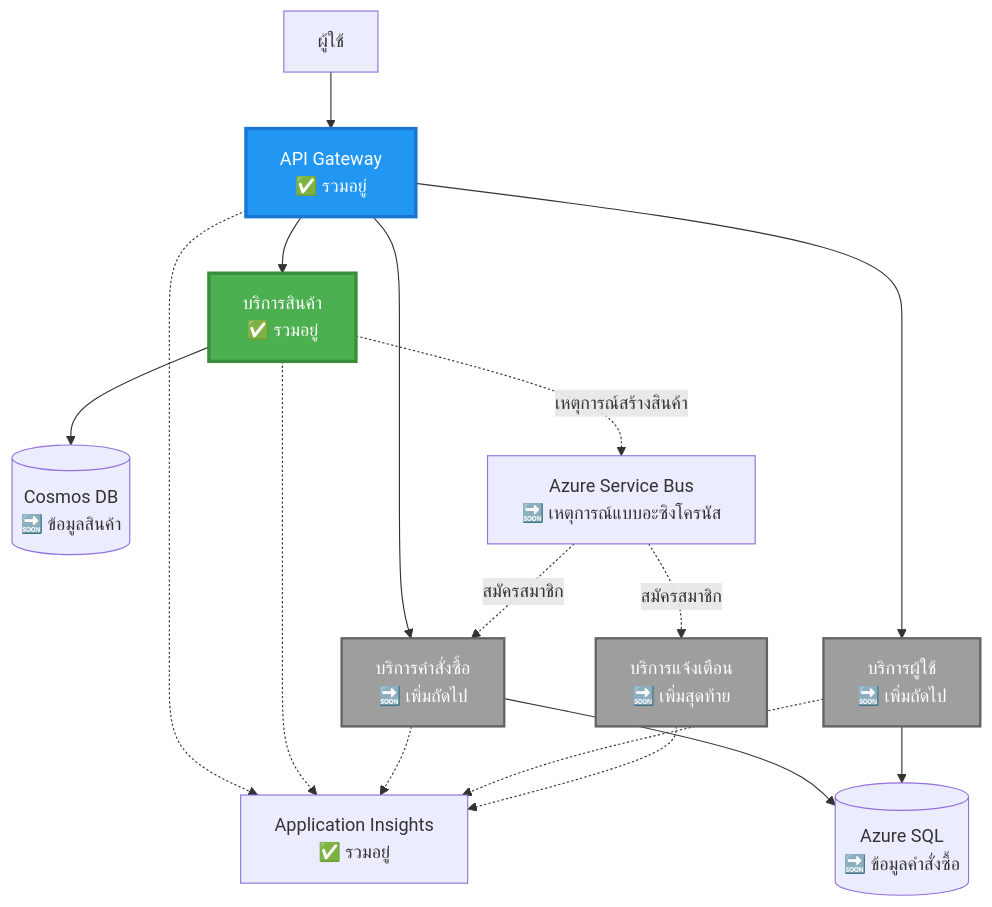
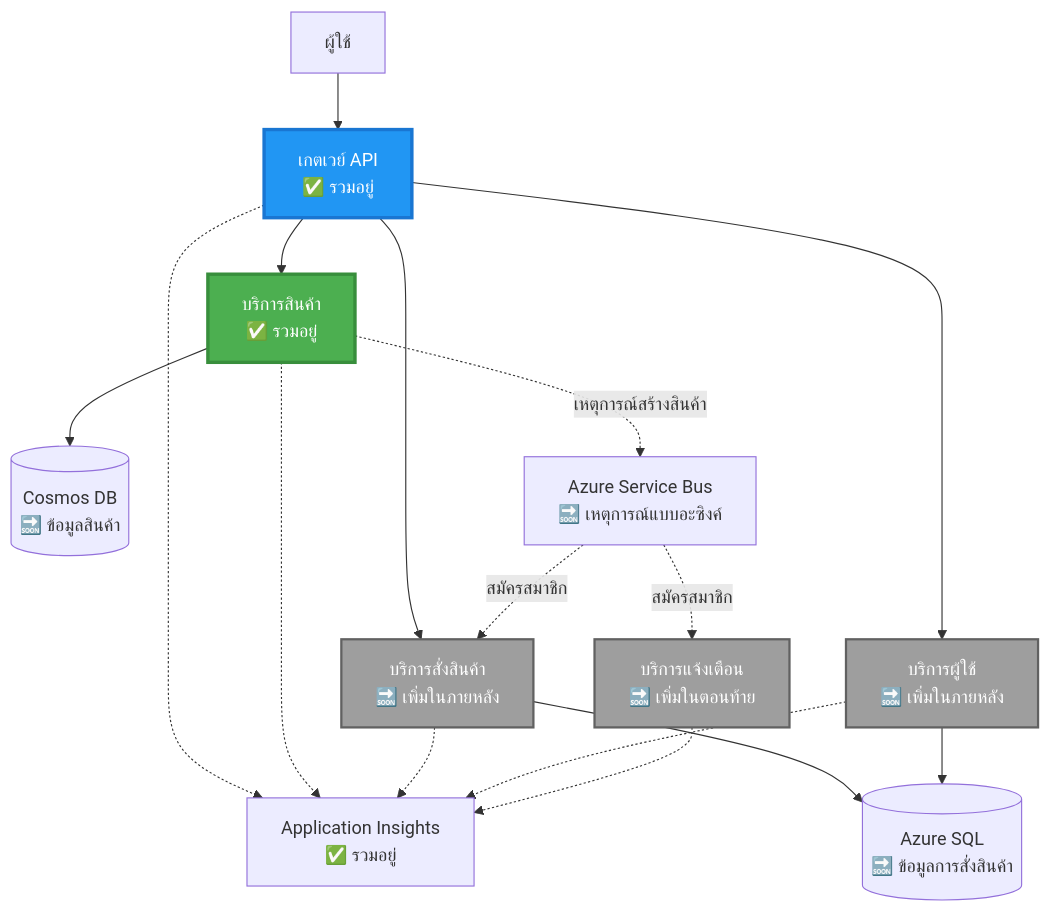
The second of 4 diagrams in translations/th/examples/microservices/README.md (microsoft/AZD-for-beginners), drawn with Mermaid before and after one commit. The commit also changed other lines of this file and 242 other files, not shown here.

````diff
--- a/translations/th/examples/microservices/README.md
+++ b/translations/th/examples/microservices/README.md
@@ -78,39 +69,39 @@
 ```mermaid
 graph TB
     User[ผู้ใช้]
-    Gateway[API Gateway<br/>✅ รวมอยู่]
+    Gateway[เกตเวย์ API<br/>✅ รวมอยู่]
     Product[บริการสินค้า<br/>✅ รวมอยู่]
-    Order[บริการคำสั่งซื้อ<br/>🔜 เพิ่มถัดไป]
-    UserSvc[บริการผู้ใช้<br/>🔜 เพิ่มถัดไป]
-    Notify[บริการแจ้งเตือน<br/>🔜 เพิ่มสุดท้าย]
+    Order[บริการสั่งสินค้า<br/>🔜 เพิ่มในภายหลัง]
+    UserSvc[บริการผู้ใช้<br/>🔜 เพิ่มในภายหลัง]
+    Notify[บริการแจ้งเตือน<br/>🔜 เพิ่มในตอนท้าย]
     
     CosmosDB[(Cosmos DB<br/>🔜 ข้อมูลสินค้า)]
-    AzureSQL[(Azure SQL<br/>🔜 ข้อมูลคำสั่งซื้อ)]
-    ServiceBus[Azure Service Bus<br/>🔜 เหตุการณ์แบบอะซิงโครนัส]
+    AzureSQL[(Azure SQL<br/>🔜 ข้อมูลการสั่งสินค้า)]
+    ServiceBus[Azure Service Bus<br/>🔜 เหตุการณ์แบบอะซิงค์]
     AppInsights[Application Insights<br/>✅ รวมอยู่]
     
     User --> Gateway
     Gateway --> Product
     Gateway --> Order
     Gateway --> UserSvc
     
     Product --> CosmosDB
     Order --> AzureSQL
     UserSvc --> AzureSQL
     
     Product -.->|เหตุการณ์สร้างสินค้า| ServiceBus
     ServiceBus -.->|สมัครสมาชิก| Notify
     ServiceBus -.->|สมัครสมาชิก| Order
     
     Gateway -.-> AppInsights
     Product -.-> AppInsights
     Order -.-> AppInsights
     UserSvc -.-> AppInsights
     Notify -.-> AppInsights
     
     style Product fill:#4CAF50,stroke:#388E3C,stroke-width:3px,color:#fff
     style Gateway fill:#2196F3,stroke:#1976D2,stroke-width:3px,color:#fff
     style Order fill:#9E9E9E,stroke:#616161,stroke-width:2px,color:#fff
     style UserSvc fill:#9E9E9E,stroke:#616161,stroke-width:2px,color:#fff
     style Notify fill:#9E9E9E,stroke:#616161,stroke-width:2px,color:#fff
 ```
````
